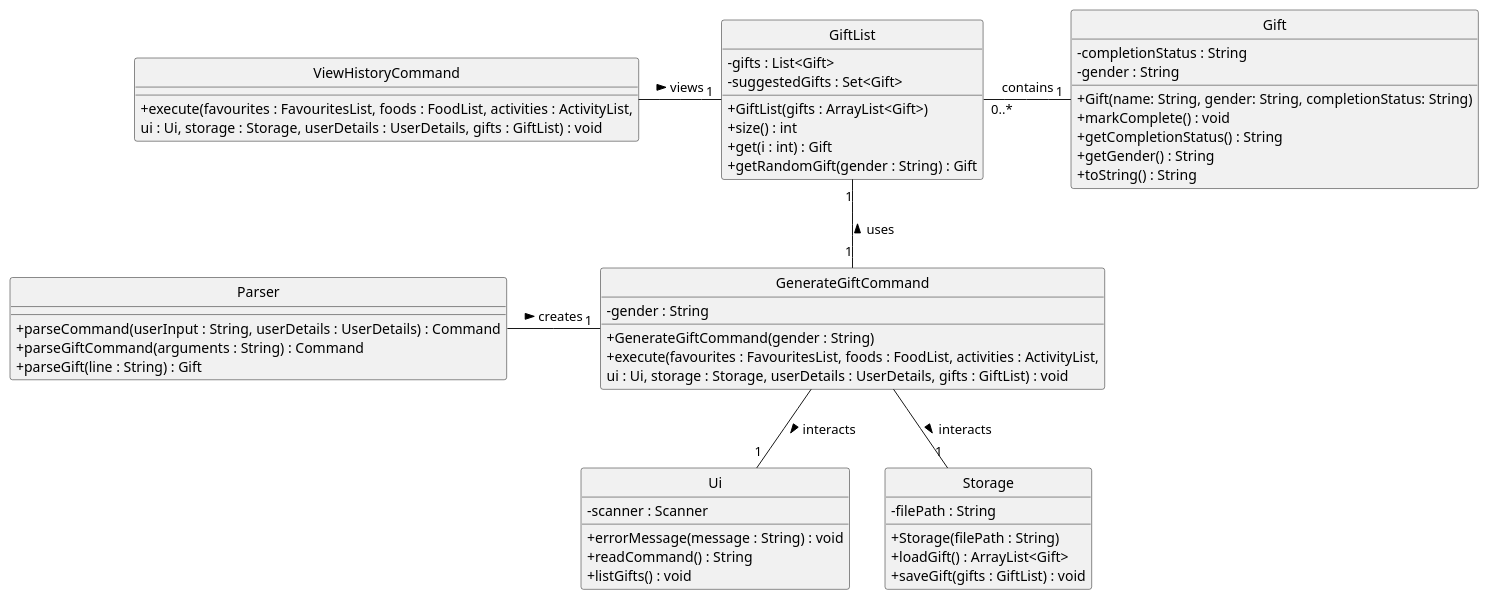
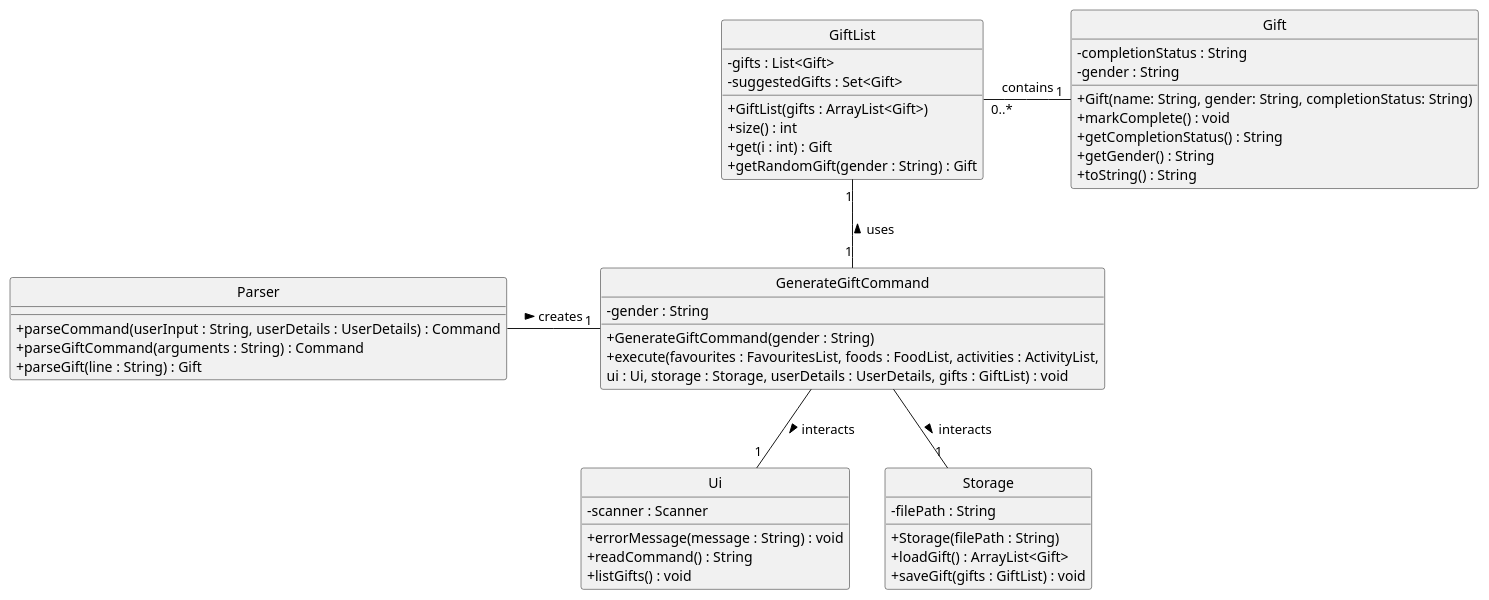
Before and after one commit to RyanTDL/tp: the diagram in docs/diagrams/GiftClassDiagram.puml, drawn with PlantUML. The commit also changed 2 other files, not shown here.

Commit message:
Update DG to reflect changes and enhancements in gift feature

```diff
--- a/docs/diagrams/GiftClassDiagram.puml
+++ b/docs/diagrams/GiftClassDiagram.puml
@@ -1,62 +1,56 @@
 @startuml
 skinparam style strictuml
 skinparam classAttributeIconSize 0
 
 class Gift {
     - completionStatus : String
     - gender : String
     + Gift(name: String, gender: String, completionStatus: String)
     + markComplete() : void
     + getCompletionStatus() : String
     + getGender() : String
     + toString() : String
 }
 
 class GiftList {
     - gifts : List<Gift>
     - suggestedGifts : Set<Gift>
     + GiftList(gifts : ArrayList<Gift>)
     + size() : int
     + get(i : int) : Gift
     + getRandomGift(gender : String) : Gift
 }
 
 class GenerateGiftCommand {
     - gender : String
     + GenerateGiftCommand(gender : String)
     + execute(favourites : FavouritesList, foods : FoodList, activities : ActivityList,
         ui : Ui, storage : Storage, userDetails : UserDetails, gifts : GiftList) : void
 }
 
-class ViewHistoryCommand {
-    + execute(favourites : FavouritesList, foods : FoodList, activities : ActivityList,
-        ui : Ui, storage : Storage, userDetails : UserDetails, gifts : GiftList) : void
-}
-
 class Ui {
     - scanner : Scanner
     + errorMessage(message : String) : void
     + readCommand() : String
     + listGifts() : void
 }
 
 class Storage {
     - filePath : String
     + Storage(filePath : String)
     + loadGift() : ArrayList<Gift>
     + saveGift(gifts : GiftList) : void
 }
 
 class Parser {
     + parseCommand(userInput : String, userDetails : UserDetails) : Command
     + parseGiftCommand(arguments : String) : Command
     + parseGift(line : String) : Gift
 }
 
 Gift "1" -left- "0..*" GiftList : contains
 GenerateGiftCommand "1" -up- "1" GiftList : uses >
 GenerateGiftCommand -down- "1" Ui : interacts >
 GenerateGiftCommand -down- "1" Storage : interacts >
 Parser -right- "1" GenerateGiftCommand : creates >
-ViewHistoryCommand -right- "1" GiftList : views >
 @enduml
```
